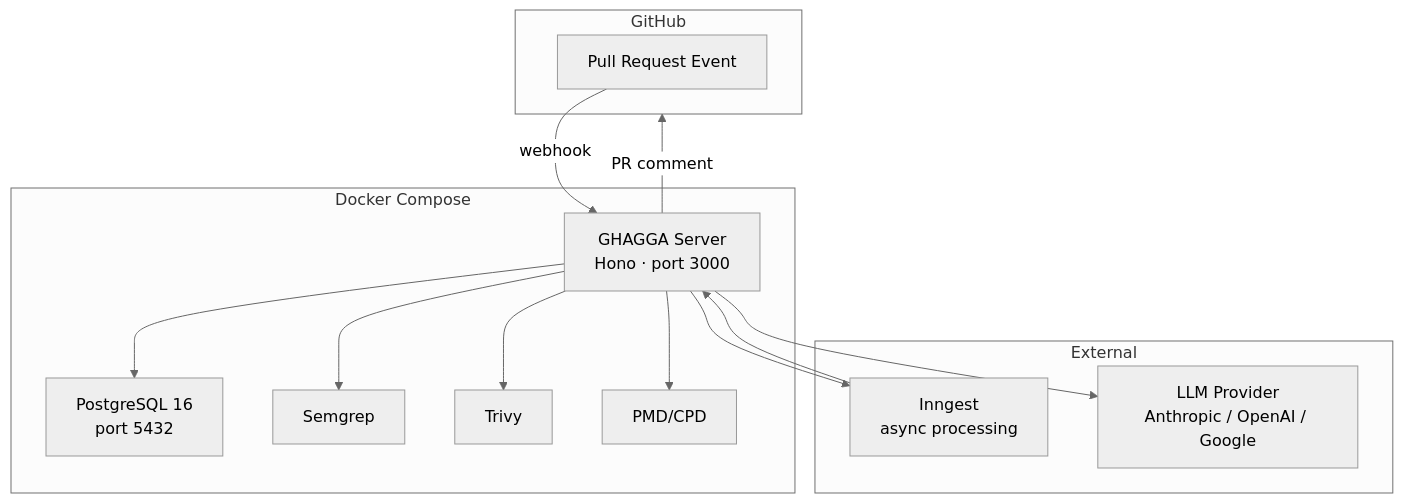
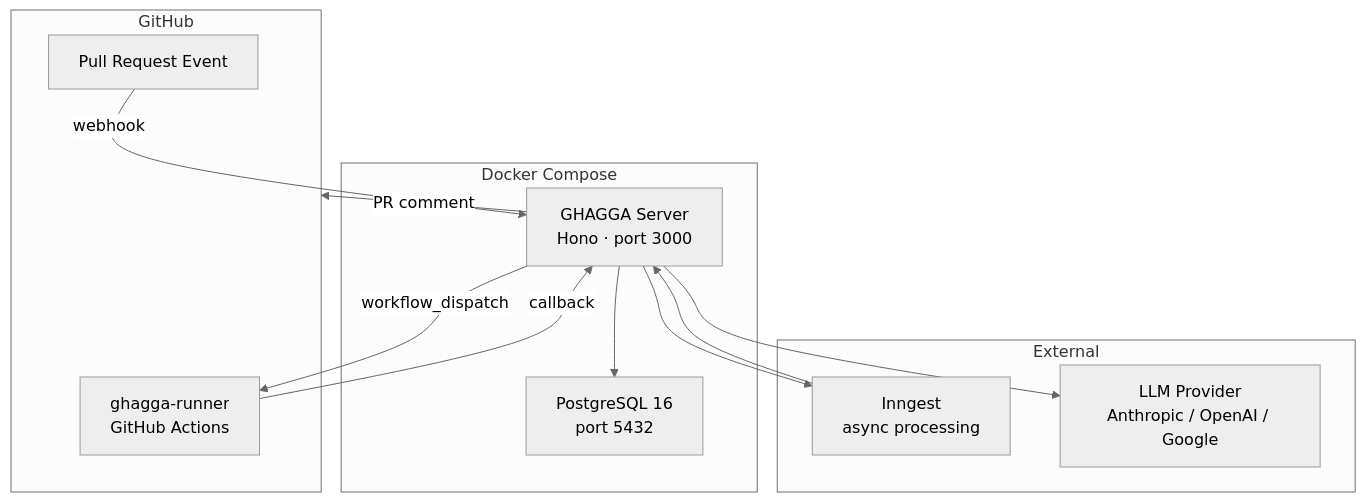
One commit to actions-marketplace-validations/JNZader_ghagga changed the second of 2 diagrams in docs/self-hosted.md. Above: the diagram before and after it, drawn with Mermaid (neutral theme). The commit also changed other lines of this file and 15 other files, not shown here.

First line of the commit message:
docs: update all documentation for runner architecture and fix stale stats

````diff
--- a/docs/self-hosted.md
+++ b/docs/self-hosted.md
@@ -370,29 +384,26 @@
 ```mermaid
 flowchart TB
   subgraph GitHub
     PR["Pull Request Event"]
+    Runner["ghagga-runner<br/>GitHub Actions"]
   end
 
   subgraph Docker["Docker Compose"]
     Server["GHAGGA Server<br/>Hono · port 3000"]
     PG["PostgreSQL 16<br/>port 5432"]
-    Semgrep["Semgrep"]
-    Trivy["Trivy"]
-    CPD["PMD/CPD"]
   end
 
   subgraph External
     Inngest["Inngest<br/>async processing"]
     LLM["LLM Provider<br/>Anthropic / OpenAI / Google"]
   end
 
   PR -->|webhook| Server
+  Server -->|workflow_dispatch| Runner
+  Runner -->|callback| Server
   Server --> PG
   Server --> Inngest
   Inngest --> Server
-  Server --> Semgrep
-  Server --> Trivy
-  Server --> CPD
   Server --> LLM
   Server -->|PR comment| GitHub
 ```
````
